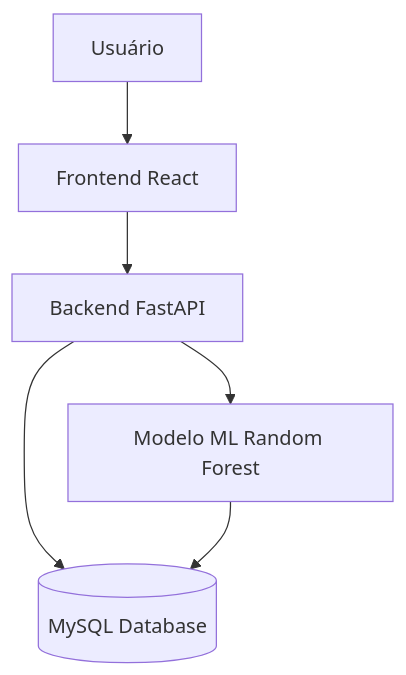
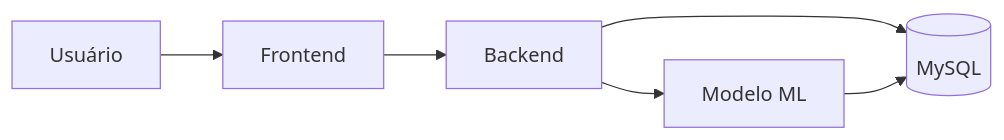
The diagram in README.md (GustaPeruci/Pryzor), drawn with Mermaid before and after one commit. The commit also changed other lines of this file, not shown here.

Commit message:
docs: atualizar diagrama de arquitetura e adicionar informações sobre CI/CD e metodologia de desenvolvimento no README

````diff
--- a/README.md
+++ b/README.md
@@ -47,8 +47,8 @@
 ```mermaid
-flowchart TD
-  Usuario[Usuário] --> Frontend[Frontend React]
-  Frontend --> Backend[Backend FastAPI]
-  Backend --> MySQL[(MySQL Database)]
-  Backend --> ML[Modelo ML Random Forest]
-  ML --> MySQL
+flowchart LR
+  U[Usuário] --> FE[Frontend]
+  FE --> BE[Backend]
+  BE --> DB[(MySQL)]
+  BE --> ML[Modelo ML]
+  ML --> DB
 ```
````
